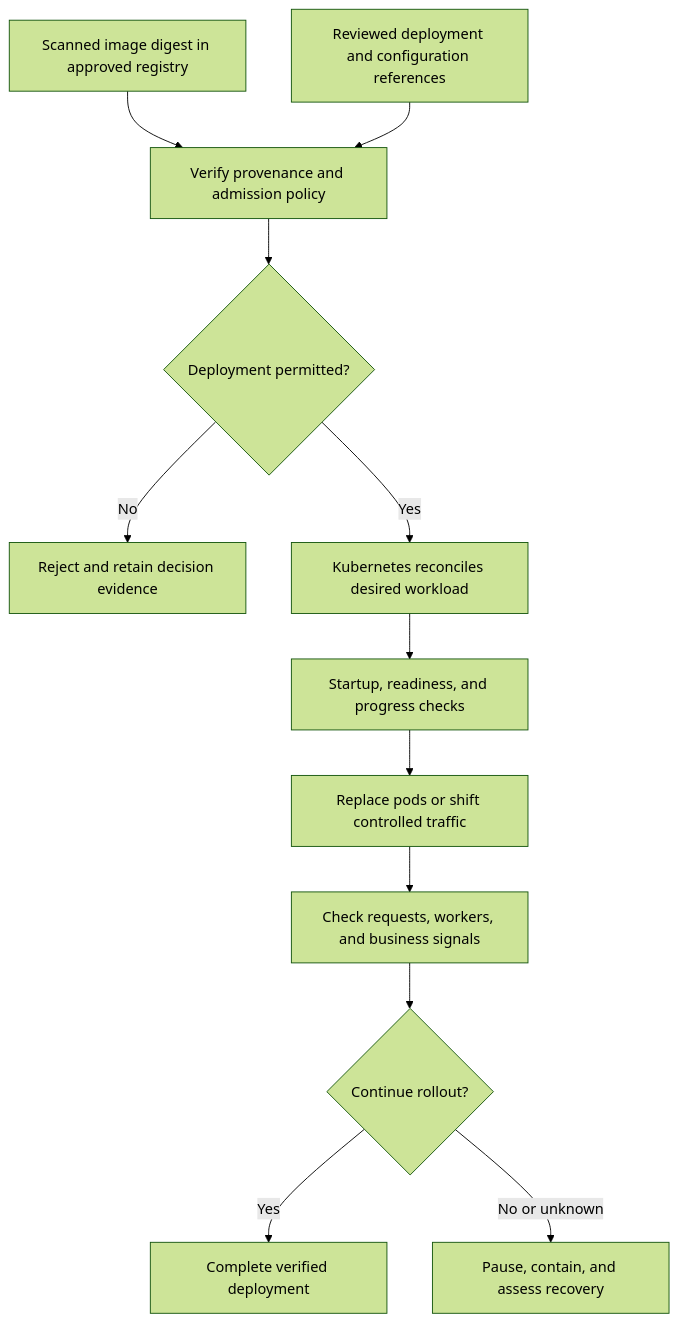
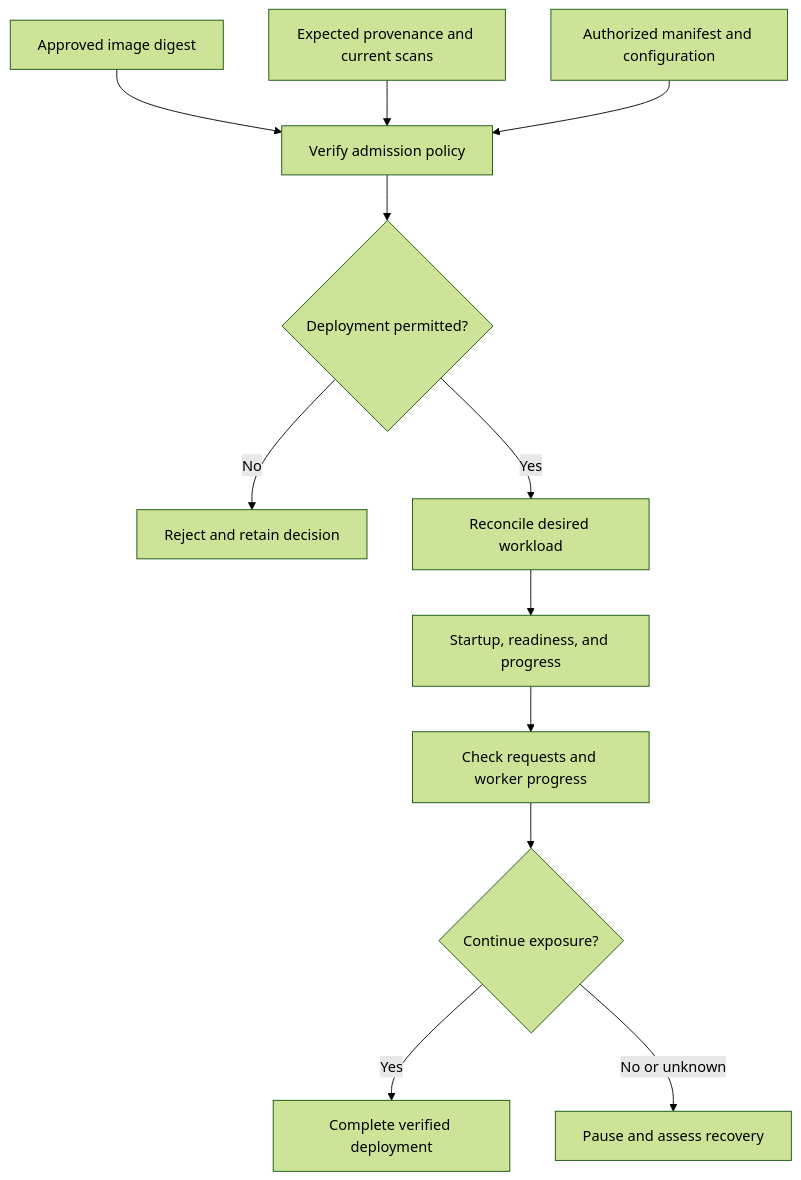
The fourth of 6 diagrams in book/53-ci-cd.md (sheikh-zeeshan/Enterprise-AI-Engineering-Handbook), drawn with Mermaid (forest theme) before and after one commit. The commit also changed other lines of this file and 16 other files, not shown here.

````diff
--- a/book/53-ci-cd.md
+++ b/book/53-ci-cd.md
@@ -419,14 +437,14 @@
 ```mermaid
 flowchart TD
-    Registry["Scanned image digest in approved registry"] --> Verify["Verify provenance and admission policy"]
-    Manifest["Reviewed deployment and configuration references"] --> Verify
-    Verify --> Allowed{"Deployment permitted?"}
-    Allowed -->|No| Reject["Reject and retain decision evidence"]
-    Allowed -->|Yes| Reconcile["Kubernetes reconciles desired workload"]
-    Reconcile --> Ready["Startup, readiness, and progress checks"]
-    Ready --> Strategy["Replace pods or shift controlled traffic"]
-    Strategy --> Observe["Check requests, workers, and business signals"]
-    Observe --> Decision{"Continue rollout?"}
+    Registry["Approved image digest"] --> Admission["Verify admission policy"]
+    Provenance["Expected provenance and current scans"] --> Admission
+    Intent["Authorized manifest and configuration"] --> Admission
+    Admission --> Allowed{"Deployment permitted?"}
+    Allowed -->|No| Reject["Reject and retain decision"]
+    Allowed -->|Yes| Reconcile["Reconcile desired workload"]
+    Reconcile --> Probes["Startup, readiness, and progress"]
+    Probes --> Observe["Check requests and worker progress"]
+    Observe --> Decision{"Continue exposure?"}
     Decision -->|Yes| Complete["Complete verified deployment"]
-    Decision -->|No or unknown| Pause["Pause, contain, and assess recovery"]
+    Decision -->|No or unknown| Pause["Pause and assess recovery"]
 ```
````
